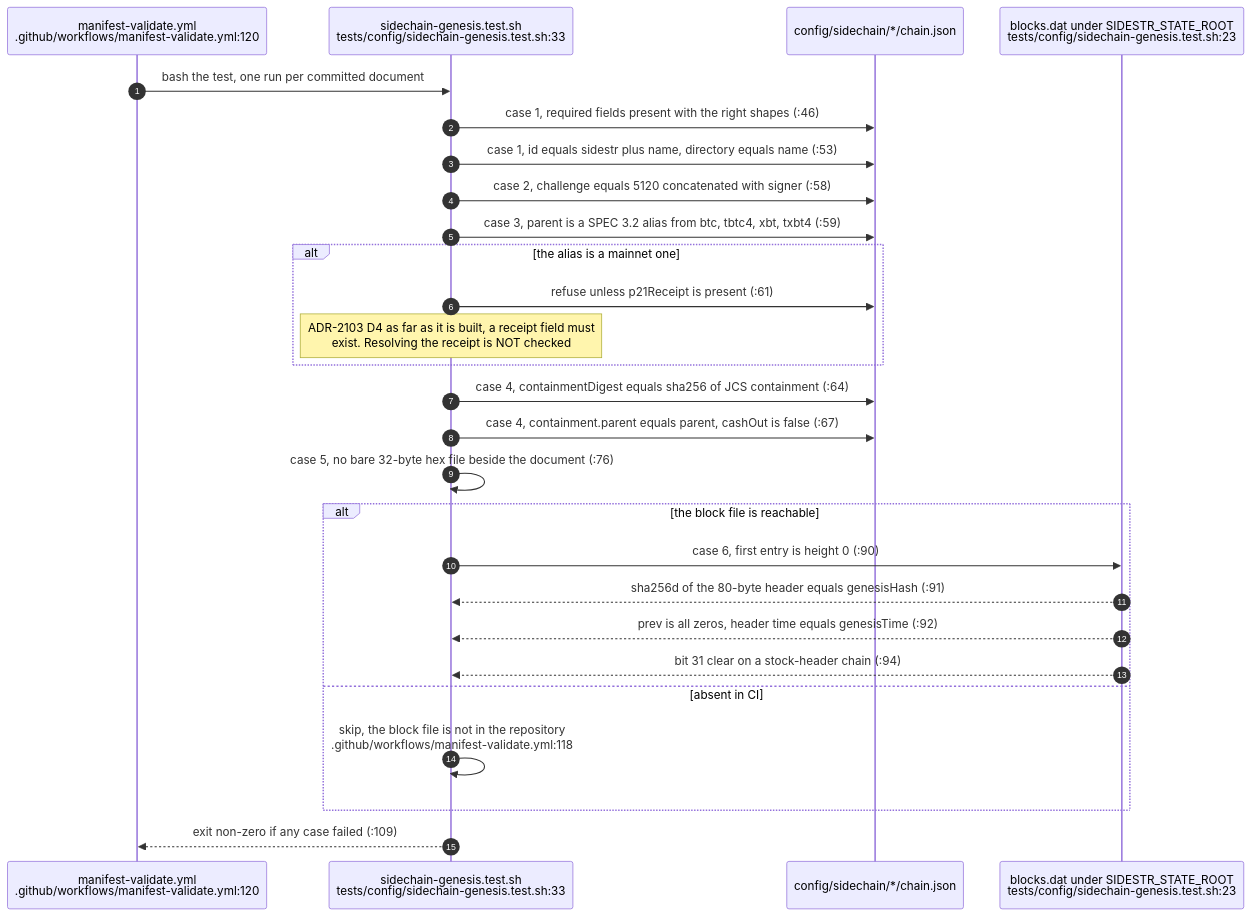
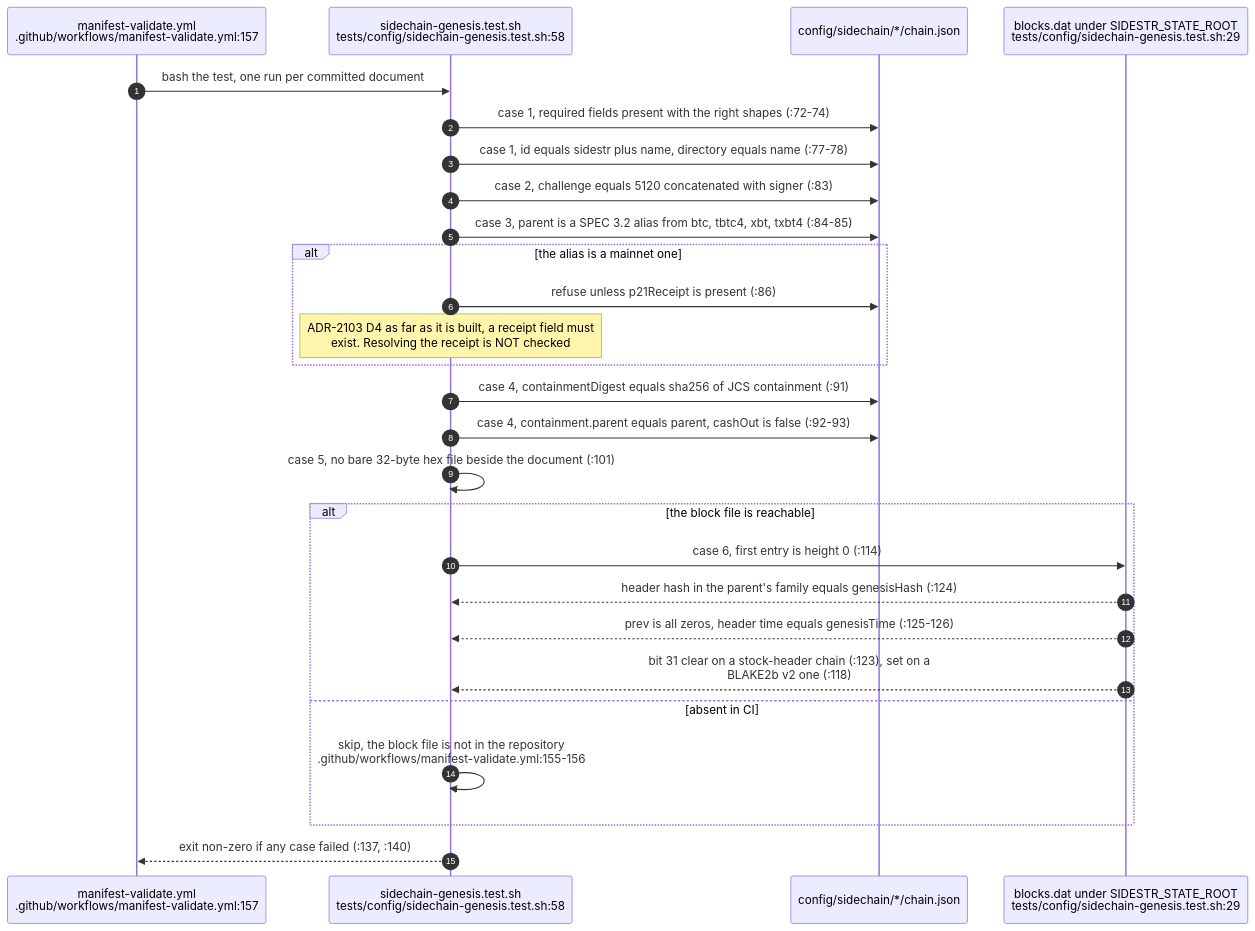
One commit to DreamLab-AI/VisionFlow changed the third of 5 diagrams in docs/diagrams/agentbox/32-sidechain-root-seal.md. Above: the diagram before and after it, drawn with Mermaid. The commit also changed other lines of this file and 111 other files, not shown here.

Commit message:
docs(diagrams): align estate maps with current source

````diff
--- a/docs/diagrams/agentbox/32-sidechain-root-seal.md
+++ b/docs/diagrams/agentbox/32-sidechain-root-seal.md
@@ -102,30 +105,30 @@
 ```mermaid
 sequenceDiagram
     autonumber
-    participant CI as manifest-validate.yml<br/>.github/workflows/manifest-validate.yml:120
-    participant T as sidechain-genesis.test.sh<br/>tests/config/sidechain-genesis.test.sh:33
+    participant CI as manifest-validate.yml<br/>.github/workflows/manifest-validate.yml:157
+    participant T as sidechain-genesis.test.sh<br/>tests/config/sidechain-genesis.test.sh:58
     participant DOC as config/sidechain/*/chain.json
-    participant DAT as blocks.dat under SIDESTR_STATE_ROOT<br/>tests/config/sidechain-genesis.test.sh:23
+    participant DAT as blocks.dat under SIDESTR_STATE_ROOT<br/>tests/config/sidechain-genesis.test.sh:29
 
     CI->>T: bash the test, one run per committed document
-    T->>DOC: case 1, required fields present with the right shapes (:46)
-    T->>DOC: case 1, id equals sidestr plus name, directory equals name (:53)
-    T->>DOC: case 2, challenge equals 5120 concatenated with signer (:58)
-    T->>DOC: case 3, parent is a SPEC 3.2 alias from btc, tbtc4, xbt, txbt4 (:59)
+    T->>DOC: case 1, required fields present with the right shapes (:72-74)
+    T->>DOC: case 1, id equals sidestr plus name, directory equals name (:77-78)
+    T->>DOC: case 2, challenge equals 5120 concatenated with signer (:83)
+    T->>DOC: case 3, parent is a SPEC 3.2 alias from btc, tbtc4, xbt, txbt4 (:84-85)
     alt the alias is a mainnet one
-        T->>DOC: refuse unless p21Receipt is present (:61)
+        T->>DOC: refuse unless p21Receipt is present (:86)
         Note over T: ADR-2103 D4 as far as it is built, a receipt field must<br/>exist. Resolving the receipt is NOT checked
     end
-    T->>DOC: case 4, containmentDigest equals sha256 of JCS containment (:64)
-    T->>DOC: case 4, containment.parent equals parent, cashOut is false (:67)
-    T->>T: case 5, no bare 32-byte hex file beside the document (:76)
+    T->>DOC: case 4, containmentDigest equals sha256 of JCS containment (:91)
+    T->>DOC: case 4, containment.parent equals parent, cashOut is false (:92-93)
+    T->>T: case 5, no bare 32-byte hex file beside the document (:101)
     alt the block file is reachable
-        T->>DAT: case 6, first entry is height 0 (:90)
-        DAT-->>T: sha256d of the 80-byte header equals genesisHash (:91)
-        DAT-->>T: prev is all zeros, header time equals genesisTime (:92)
-        DAT-->>T: bit 31 clear on a stock-header chain (:94)
+        T->>DAT: case 6, first entry is height 0 (:114)
+        DAT-->>T: header hash in the parent's family equals genesisHash (:124)
+        DAT-->>T: prev is all zeros, header time equals genesisTime (:125-126)
+        DAT-->>T: bit 31 clear on a stock-header chain (:123), set on a<br/>BLAKE2b v2 one (:118)
     else absent in CI
-        T->>T: skip, the block file is not in the repository<br/>.github/workflows/manifest-validate.yml:118
+        T->>T: skip, the block file is not in the repository<br/>.github/workflows/manifest-validate.yml:155-156
     end
-    T-->>CI: exit non-zero if any case failed (:109)
+    T-->>CI: exit non-zero if any case failed (:137, :140)
 ```
````
